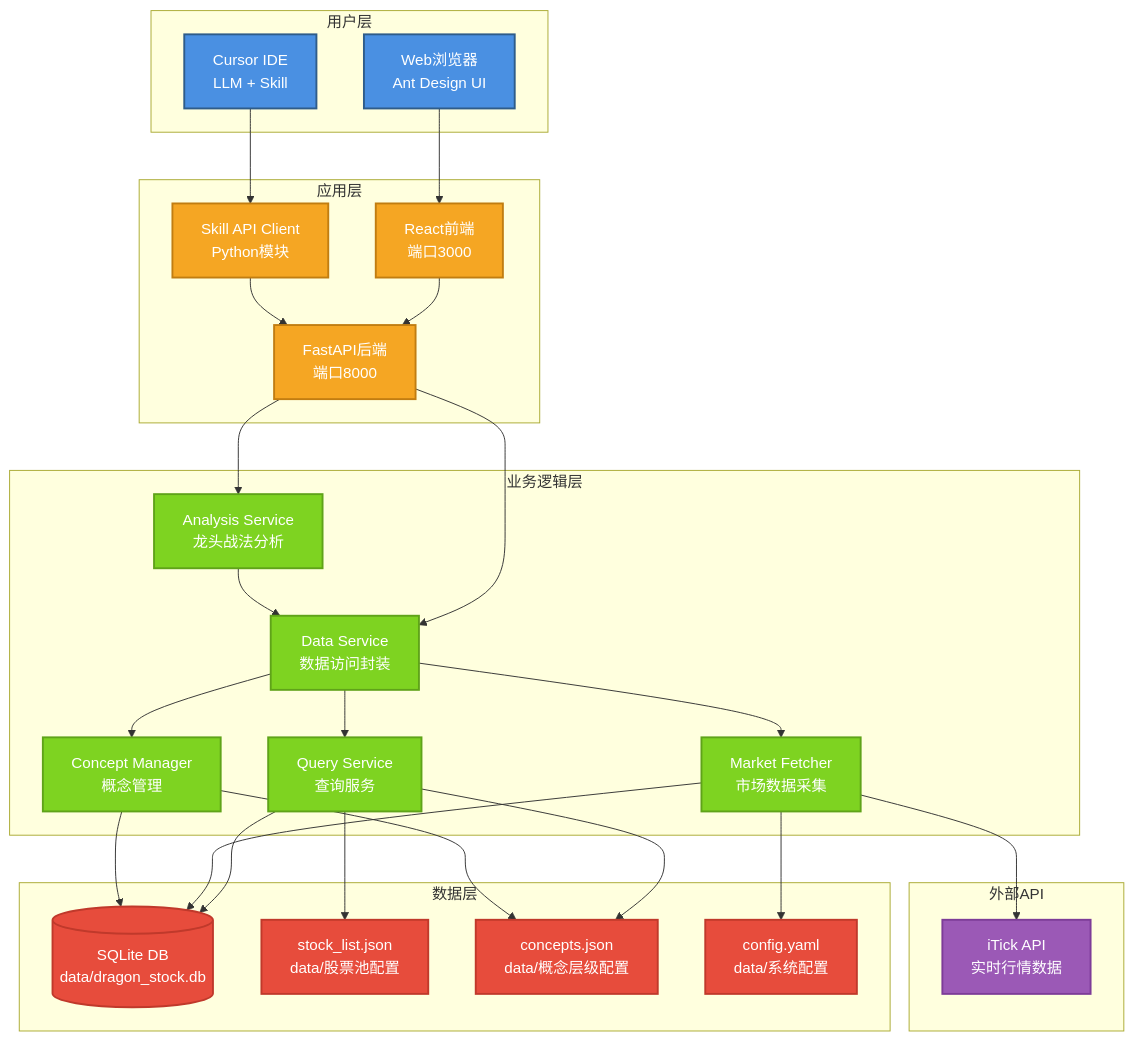
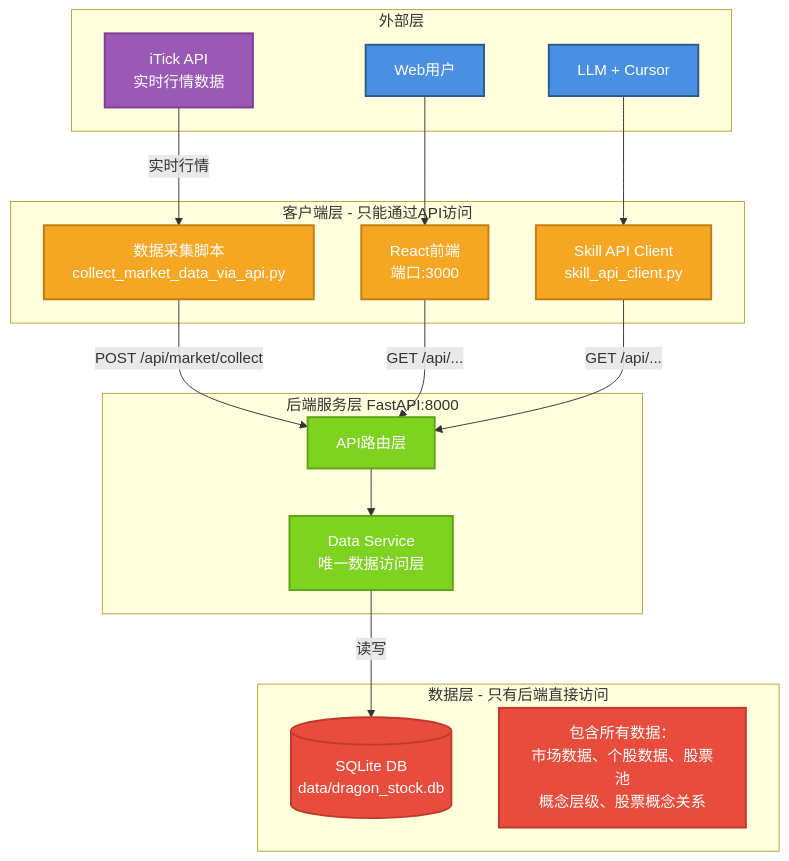
One commit to huijiecai/stock-skills changed the diagram in ARCHITECTURE.md. Above: the diagram before and after it, drawn with Mermaid. The commit also changed other lines of this file and 22 other files, not shown here.

````diff
--- a/ARCHITECTURE.md
+++ b/ARCHITECTURE.md
@@ -5,67 +5,46 @@
 ```mermaid
 graph TB
-    subgraph "用户层"
-        A[Web浏览器<br/>Ant Design UI] 
-        B[Cursor IDE<br/>LLM + Skill]
+    subgraph external[外部层]
+        iTick[iTick API<br/>实时行情数据]
+        webUser[Web用户]
+        llmUser[LLM + Cursor]
     end
     
-    subgraph "应用层"
-        C[React前端<br/>端口3000]
-        D[FastAPI后端<br/>端口8000]
-        E[Skill API Client<br/>Python模块]
+    subgraph clients[客户端层 - 只能通过API访问]
+        reactFrontend[React前端<br/>端口:3000]
+        skillClient[Skill API Client<br/>skill_api_client.py]
+        dataCollector[数据采集脚本<br/>collect_market_data_via_api.py]
     end
     
-    subgraph "业务逻辑层"
-        F[Analysis Service<br/>龙头战法分析]
-        G[Data Service<br/>数据访问封装]
-        H[Query Service<br/>查询服务]
-        I[Market Fetcher<br/>市场数据采集]
-        J[Concept Manager<br/>概念管理]
+    subgraph backend[后端服务层 FastAPI:8000]
+        apiRouter[API路由层]
+        dataService[Data Service<br/>唯一数据访问层]
     end
     
-    subgraph "数据层"
-        K[(SQLite DB<br/>data/dragon_stock.db)]
-        L[stock_list.json<br/>data/股票池配置]
-        M[concepts.json<br/>data/概念层级配置]
-        N[config.yaml<br/>data/系统配置]
+    subgraph data[数据层 - 只有后端直接访问]
+        sqliteDB[(SQLite DB<br/>data/dragon_stock.db)]
+        note1[包含所有数据：<br/>市场数据、个股数据、股票池<br/>概念层级、股票概念关系]
     end
     
-    subgraph "外部API"
-        O[iTick API<br/>实时行情数据]
-    end
+    iTick -->|实时行情| dataCollector
+    webUser --> reactFrontend
+    llmUser --> skillClient
     
-    A --> C
-    B --> E
-    C --> D
-    E --> D
-    D --> F
-    D --> G
-    F --> G
-    G --> H
-    G --> I
-    G --> J
-    H --> K
-    I --> K
-    I --> O
-    J --> K
-    H --> L
-    H --> M
-    I --> N
-    J --> M
+    dataCollector -->|POST /api/market/collect| apiRouter
+    reactFrontend -->|GET /api/...| apiRouter
+    skillClient -->|GET /api/...| apiRouter
     
-    style A fill:#4A90E2,stroke:#2E5C8A,stroke-width:2px,color:#fff
-    style B fill:#4A90E2,stroke:#2E5C8A,stroke-width:2px,color:#fff
-    style C fill:#F5A623,stroke:#C17D11,stroke-width:2px,color:#fff
-    style D fill:#F5A623,stroke:#C17D11,stroke-width:2px,color:#fff
-    style E fill:#F5A623,stroke:#C17D11,stroke-width:2px,color:#fff
-    style F fill:#7ED321,stroke:#5FA319,stroke-width:2px,color:#fff
-    style G fill:#7ED321,stroke:#5FA319,stroke-width:2px,color:#fff
-    style H fill:#7ED321,stroke:#5FA319,stroke-width:2px,color:#fff
-    style I fill:#7ED321,stroke:#5FA319,stroke-width:2px,color:#fff
-    style J fill:#7ED321,stroke:#5FA319,stroke-width:2px,color:#fff
-    style K fill:#E74C3C,stroke:#C0392B,stroke-width:2px,color:#fff
-    style L fill:#E74C3C,stroke:#C0392B,stroke-width:2px,color:#fff
-    style M fill:#E74C3C,stroke:#C0392B,stroke-width:2px,color:#fff
-    style N fill:#E74C3C,stroke:#C0392B,stroke-width:2px,color:#fff
-    style O fill:#9B59B6,stroke:#7D3C98,stroke-width:2px,color:#fff
+    apiRouter --> dataService
+    dataService -->|读写| sqliteDB
+    
+    style iTick fill:#9B59B6,stroke:#7D3C98,stroke-width:2px,color:#fff
+    style webUser fill:#4A90E2,stroke:#2E5C8A,stroke-width:2px,color:#fff
+    style llmUser fill:#4A90E2,stroke:#2E5C8A,stroke-width:2px,color:#fff
+    style reactFrontend fill:#F5A623,stroke:#C17D11,stroke-width:2px,color:#fff
+    style skillClient fill:#F5A623,stroke:#C17D11,stroke-width:2px,color:#fff
+    style dataCollector fill:#F5A623,stroke:#C17D11,stroke-width:2px,color:#fff
+    style apiRouter fill:#7ED321,stroke:#5FA319,stroke-width:2px,color:#fff
+    style dataService fill:#7ED321,stroke:#5FA319,stroke-width:2px,color:#fff
+    style sqliteDB fill:#E74C3C,stroke:#C0392B,stroke-width:2px,color:#fff
+    style note1 fill:#E74C3C,stroke:#C0392B,stroke-width:2px,color:#fff
 ```
````
